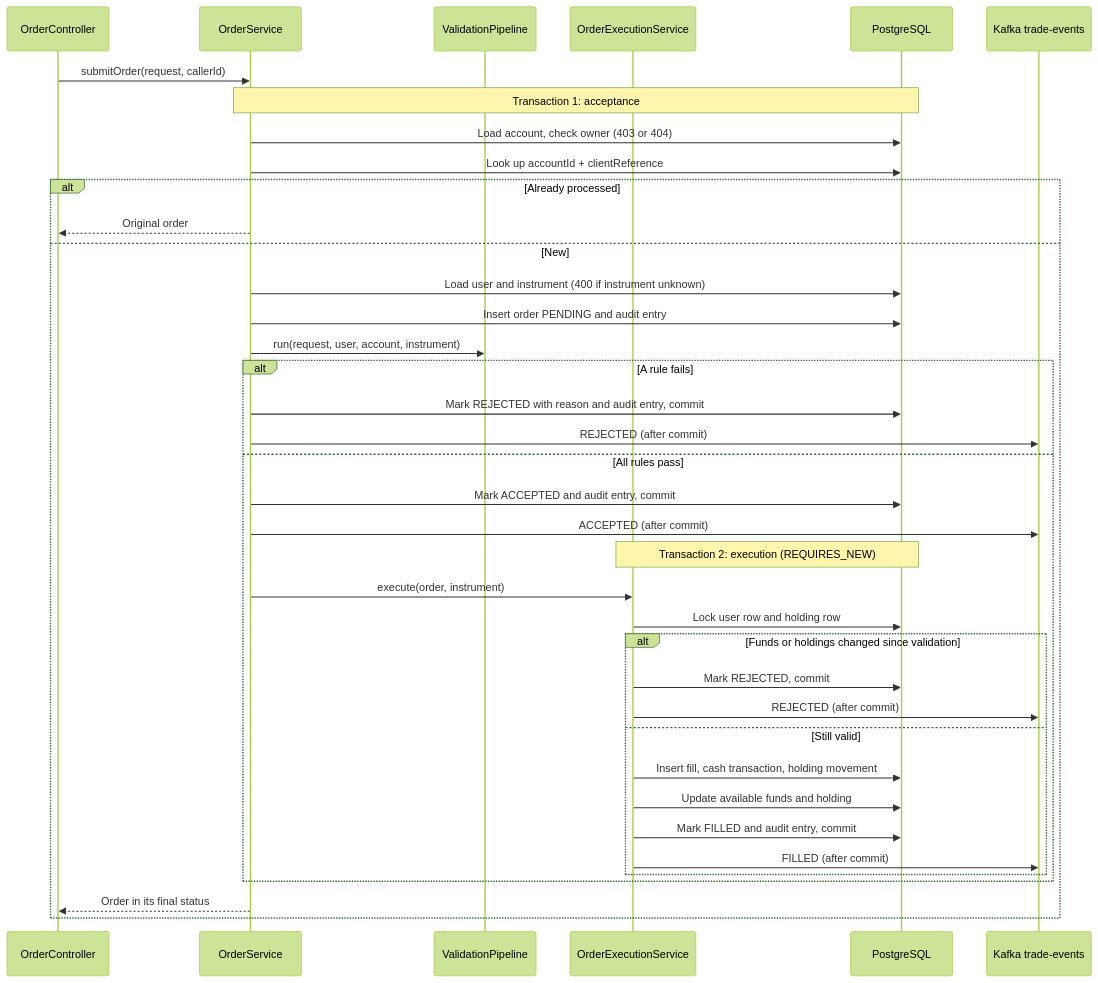
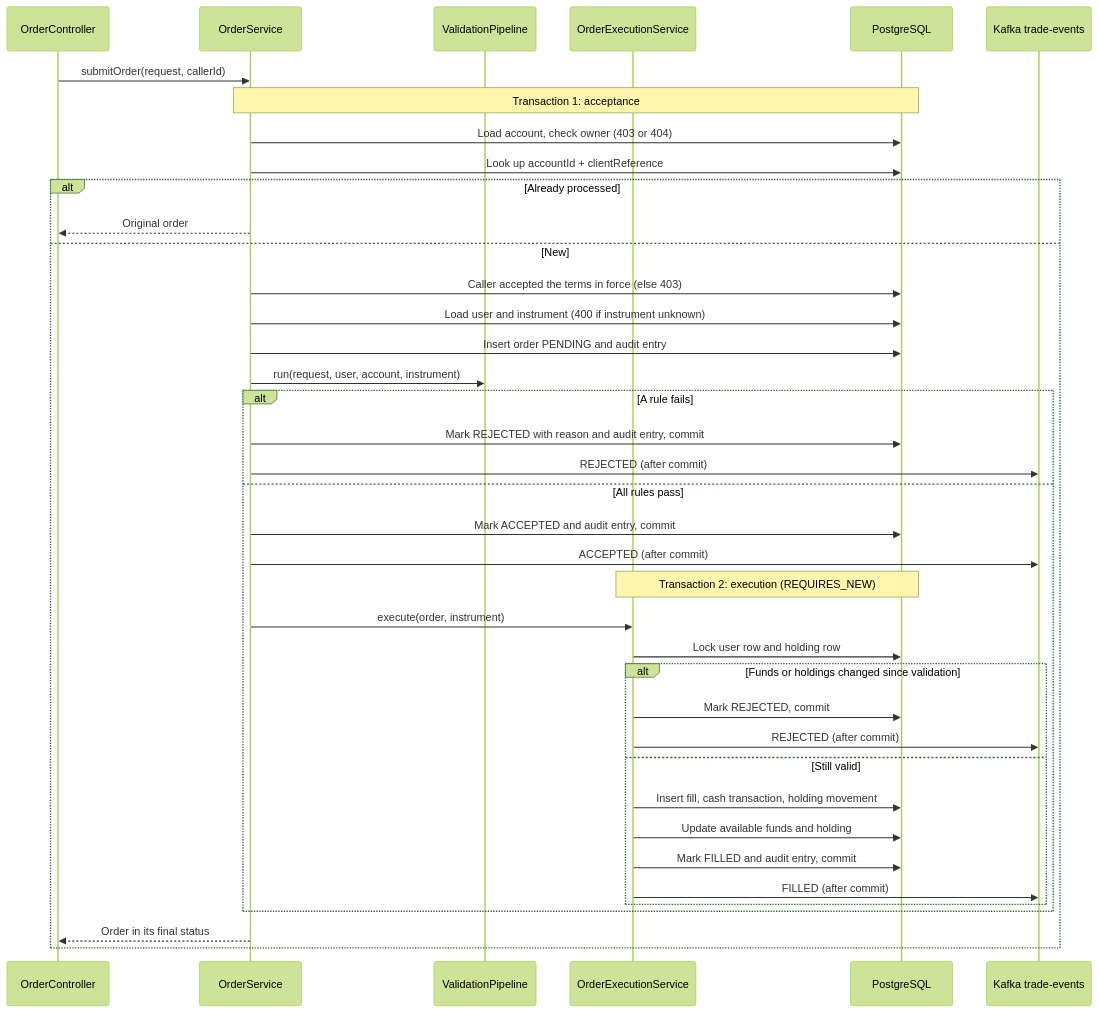
Before and after one commit to seankcheema/trading-season: the second of 3 diagrams in apps/order-and-sell-service/README.md, drawn with Mermaid (forest theme). The commit also changed other lines of this file and 6 other files, not shown here.

Commit message:
feat(order-and-sell): refuse orders until the platform terms are accepted (DUA-75)

````diff
--- a/apps/order-and-sell-service/README.md
+++ b/apps/order-and-sell-service/README.md
@@ -92,41 +93,42 @@
 ```mermaid
 sequenceDiagram
     participant C as OrderController
     participant S as OrderService
     participant P as ValidationPipeline
     participant E as OrderExecutionService
     participant DB as PostgreSQL
     participant K as Kafka trade-events
 
     C->>S: submitOrder(request, callerId)
     Note over S,DB: Transaction 1: acceptance
     S->>DB: Load account, check owner (403 or 404)
     S->>DB: Look up accountId + clientReference
     alt Already processed
         S-->>C: Original order
     else New
+        S->>DB: Caller accepted the terms in force (else 403)
         S->>DB: Load user and instrument (400 if instrument unknown)
         S->>DB: Insert order PENDING and audit entry
         S->>P: run(request, user, account, instrument)
         alt A rule fails
             S->>DB: Mark REJECTED with reason and audit entry, commit
             S->>K: REJECTED (after commit)
         else All rules pass
             S->>DB: Mark ACCEPTED and audit entry, commit
             S->>K: ACCEPTED (after commit)
             Note over E,DB: Transaction 2: execution (REQUIRES_NEW)
             S->>E: execute(order, instrument)
             E->>DB: Lock user row and holding row
             alt Funds or holdings changed since validation
                 E->>DB: Mark REJECTED, commit
                 E->>K: REJECTED (after commit)
             else Still valid
                 E->>DB: Insert fill, cash transaction, holding movement
                 E->>DB: Update available funds and holding
                 E->>DB: Mark FILLED and audit entry, commit
                 E->>K: FILLED (after commit)
             end
         end
         S-->>C: Order in its final status
     end
 ```
````
